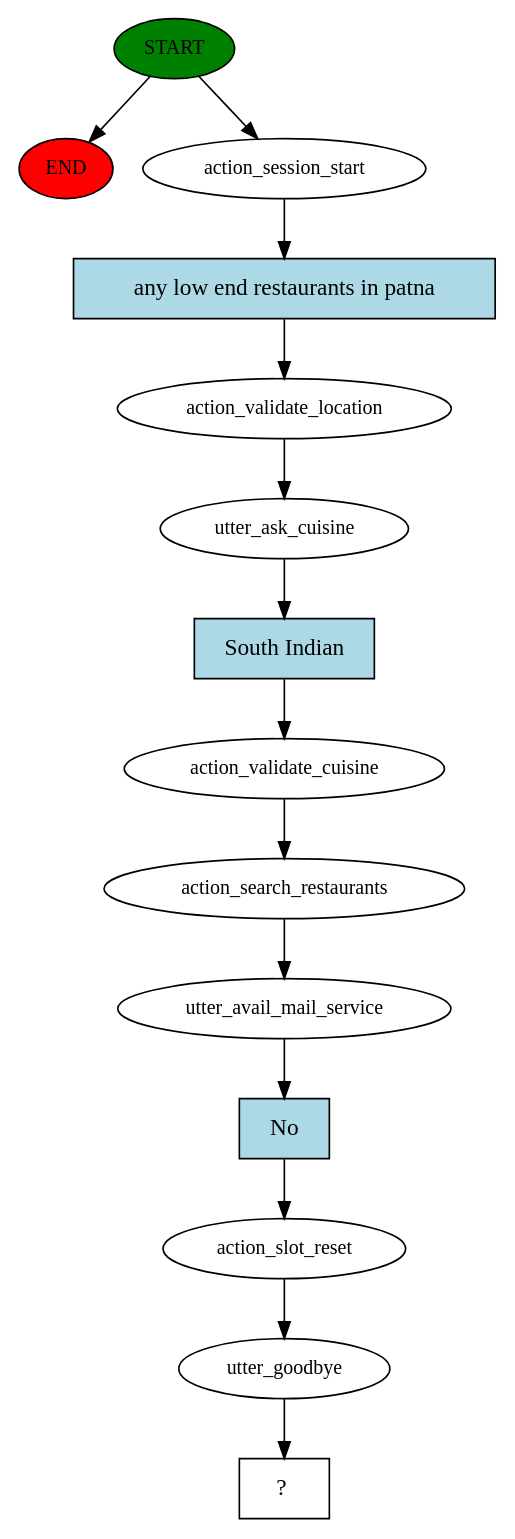
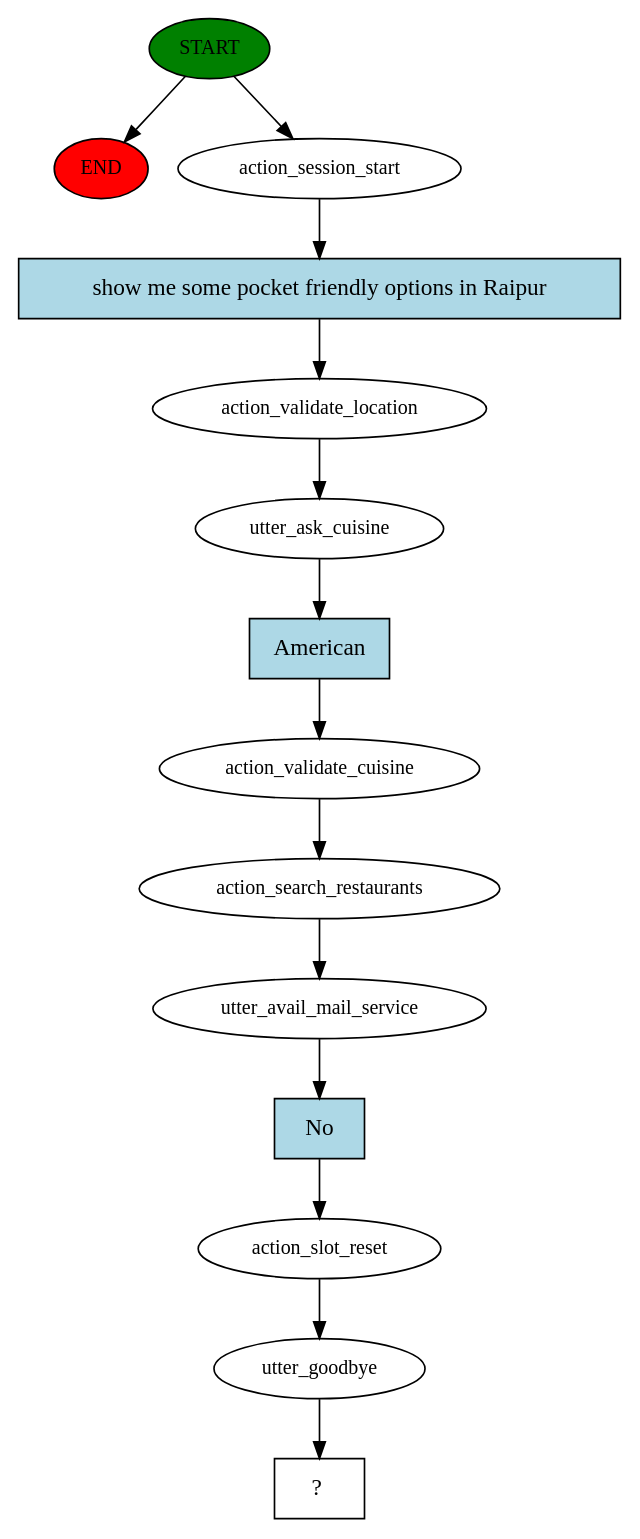
Before and after one commit to thegreatluka/zomato-bot: the diagram in story_graph.dot, drawn with Graphviz. The commit also changed 4 other files, not shown here.

```diff
--- a/story_graph.dot
+++ b/story_graph.dot
@@ -1,29 +1,29 @@
 digraph  {
 0 [class="start active", fillcolor=green, fontsize=12, label=START, style=filled];
 "-1" [class=end, fillcolor=red, fontsize=12, label=END, style=filled];
 1 [class=active, fontsize=12, label=action_session_start];
 2 [class=active, fontsize=12, label=action_validate_location];
 3 [class=active, fontsize=12, label=utter_ask_cuisine];
 4 [class=active, fontsize=12, label=action_validate_cuisine];
 5 [class=active, fontsize=12, label=action_search_restaurants];
 6 [class=active, fontsize=12, label=utter_avail_mail_service];
 7 [class=active, fontsize=12, label=action_slot_reset];
 8 [class=active, fontsize=12, label=utter_goodbye];
 9 [class="intent dashed active", label="  ?  ", shape=rect];
-10 [class="intent active", fillcolor=lightblue, label="any low end restaurants in patna", shape=rect, style=filled];
-11 [class="intent active", fillcolor=lightblue, label="South Indian", shape=rect, style=filled];
+10 [class="intent active", fillcolor=lightblue, label="show me some pocket friendly options in Raipur", shape=rect, style=filled];
+11 [class="intent active", fillcolor=lightblue, label=American, shape=rect, style=filled];
 12 [class="intent active", fillcolor=lightblue, label=No, shape=rect, style=filled];
 0 -> "-1"  [class="", key=NONE, label=""];
 0 -> 1  [class=active, key=NONE, label=""];
 1 -> 10  [class=active, key=0];
 2 -> 3  [class=active, key=NONE, label=""];
 3 -> 11  [class=active, key=0];
 4 -> 5  [class=active, key=NONE, label=""];
 5 -> 6  [class=active, key=NONE, label=""];
 6 -> 12  [class=active, key=0];
 7 -> 8  [class=active, key=NONE, label=""];
 8 -> 9  [class=active, key=NONE, label=""];
 10 -> 2  [class=active, key=0];
 11 -> 4  [class=active, key=0];
 12 -> 7  [class=active, key=0];
 }
```
